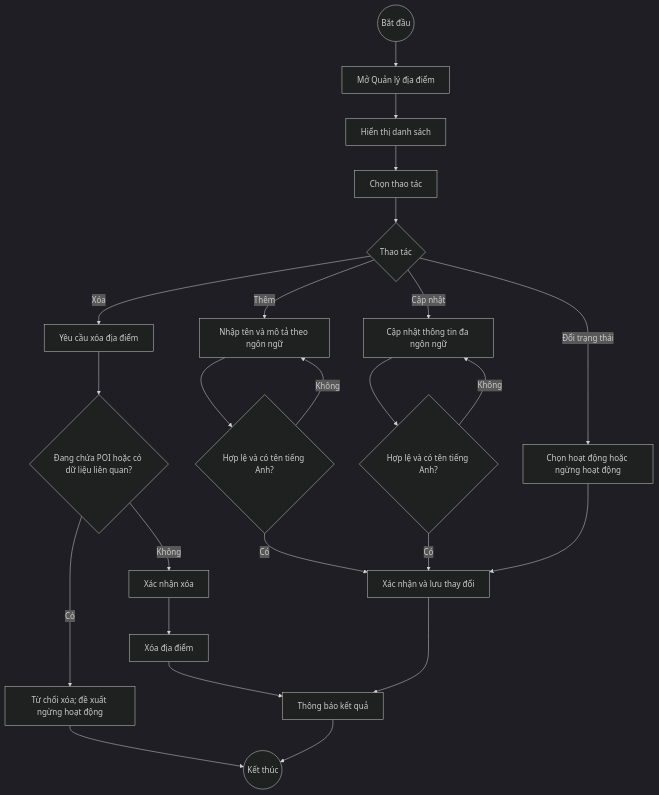
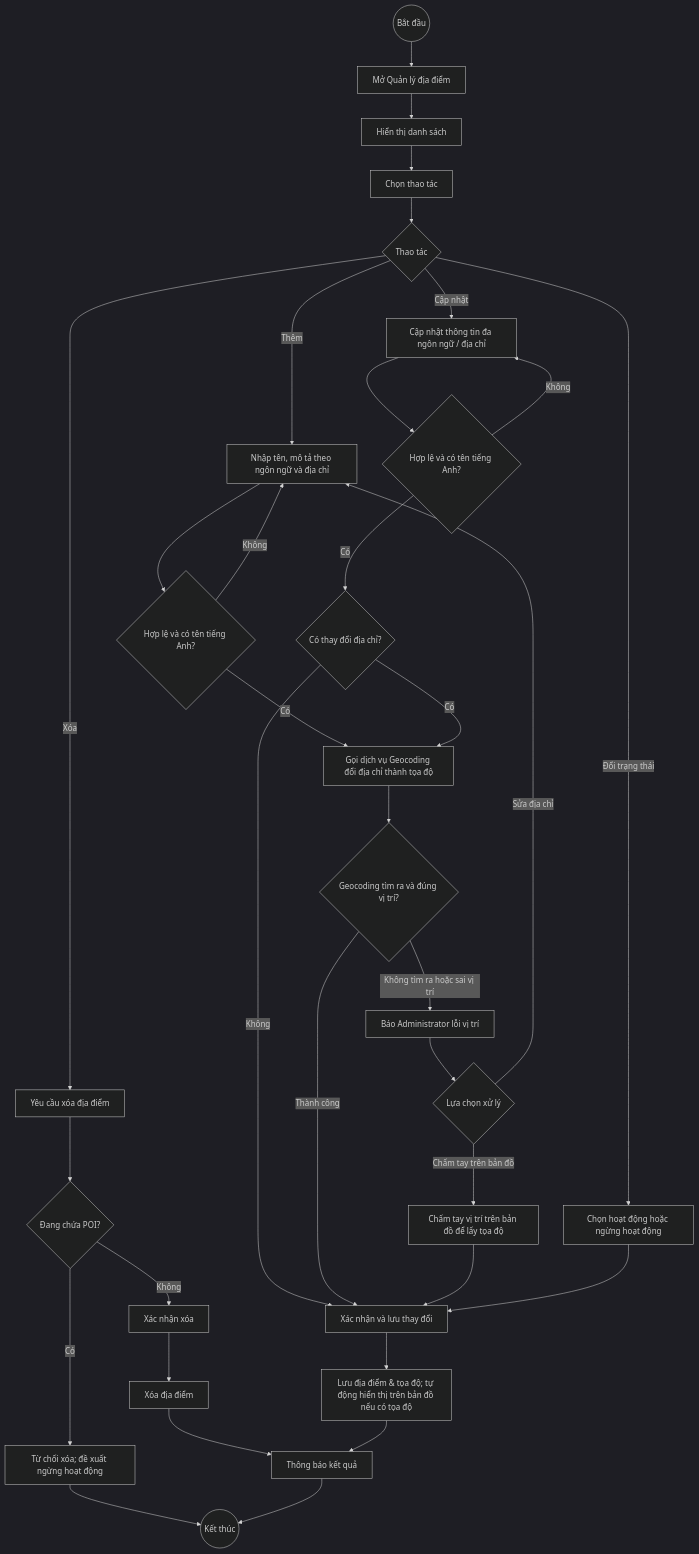
The eighth of 47 diagrams in bo_so_do_he_thong_thuyet_minh_v3.md (Ren4g/Seminar), drawn with Mermaid (dark theme) before and after one commit. The commit also changed other lines of this file and 12 other files, not shown here.

````diff
--- a/bo_so_do_he_thong_thuyet_minh_v3.md
+++ b/bo_so_do_he_thong_thuyet_minh_v3.md
@@ -267,23 +298,31 @@
 ```mermaid
 flowchart TD
  S((Bắt đầu)) --> A[Mở Quản lý địa điểm]
  A --> B[Hiển thị danh sách]
  B --> C[Chọn thao tác]
  C --> D{Thao tác}
- D -- Thêm --> E[Nhập tên và mô tả theo ngôn ngữ]
- D -- Cập nhật --> F[Cập nhật thông tin đa ngôn ngữ]
+ D -- Thêm --> E[Nhập tên, mô tả theo ngôn ngữ và địa chỉ]
+ D -- Cập nhật --> F[Cập nhật thông tin đa ngôn ngữ / địa chỉ]
  D -- Đổi trạng thái --> H[Chọn hoạt động hoặc ngừng hoạt động]
  D -- Xóa --> G[Yêu cầu xóa địa điểm]
  E --> I{Hợp lệ và có tên tiếng Anh?}
  I -- Không --> E
- I -- Có --> Q[Xác nhận và lưu thay đổi]
+ I -- Có --> GC[Gọi dịch vụ Geocoding đổi địa chỉ thành tọa độ]
  F --> I2{Hợp lệ và có tên tiếng Anh?}
  I2 -- Không --> F
- I2 -- Có --> Q
+ I2 -- Có --> CHK_ADDR{Có thay đổi địa chỉ?}
+ CHK_ADDR -- Có --> GC
+ CHK_ADDR -- Không --> Q[Xác nhận và lưu thay đổi]
+ GC --> RES{Geocoding tìm ra và đúng vị trí?}
+ RES -- Thành công --> Q
+ RES -- Không tìm ra hoặc sai vị trí --> WARN[Báo Administrator lỗi vị trí]
+ WARN --> FIX{Lựa chọn xử lý}
+ FIX -- Sửa địa chỉ --> E
+ FIX -- Chấm tay trên bản đồ --> PIN[Chấm tay vị trí trên bản đồ để lấy tọa độ] --> Q
  H --> Q
- G --> J{Đang chứa POI hoặc có dữ liệu liên quan?}
+ G --> J{Đang chứa POI?}
  J -- Có --> K[Từ chối xóa; đề xuất ngừng hoạt động] --> Z((Kết thúc))
  J -- Không --> L[Xác nhận xóa] --> M[Xóa địa điểm] --> N[Thông báo kết quả]
- Q --> N
+ Q --> AUTO[Lưu địa điểm & tọa độ; tự động hiển thị trên bản đồ nếu có tọa độ] --> N
  N --> Z
 ```
````
